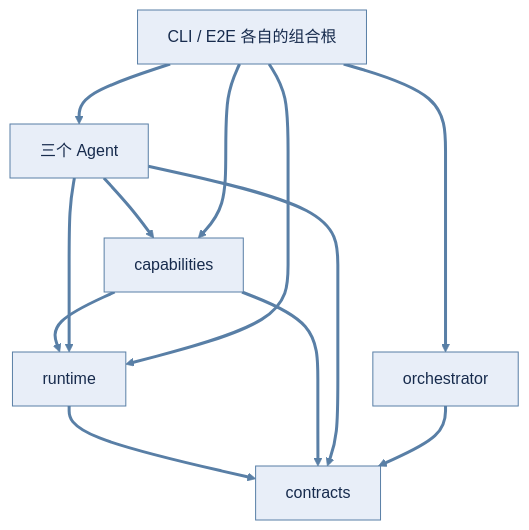
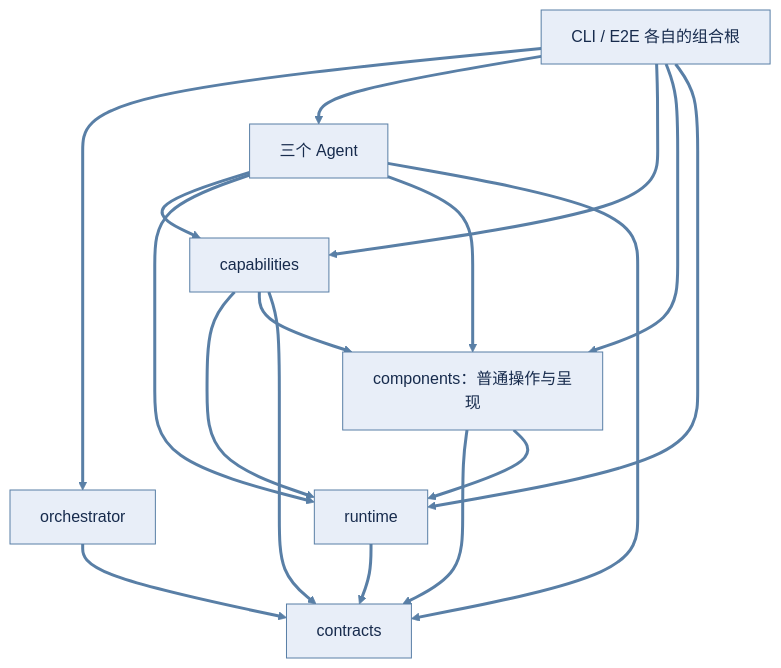
One commit to ylc123456789/ResAgent2 changed the second of 2 diagrams in docs/current/ARCHITECTURE.md. Above: the diagram before and after it, drawn with Mermaid. The commit also changed other lines of this file and 19 other files, not shown here.

````diff
--- a/docs/current/ARCHITECTURE.md
+++ b/docs/current/ARCHITECTURE.md
@@ -53,16 +54,21 @@
 ```mermaid
 %%{init: {"theme": "base", "themeVariables": {"primaryColor": "#e8eef8", "primaryTextColor": "#172b4d", "primaryBorderColor": "#597fa6", "lineColor": "#597fa6", "textColor": "#172b4d", "edgeLabelBackground": "#e8eef8"}, "flowchart": {"nodeSpacing": 50, "rankSpacing": 60}}}%%
 flowchart TB
     Runtime[runtime] --> Contracts[contracts]
+    Components[components：普通操作与呈现] --> Contracts
+    Components --> Runtime
     Caps[capabilities] --> Runtime
+    Caps --> Components
     Caps --> Contracts
     Agents[三个 Agent] --> Caps
     Agents --> Runtime
+    Agents --> Components
     Agents --> Contracts
     Orch[orchestrator] --> Contracts
     Root[CLI / E2E 各自的组合根] --> Orch
     Root --> Agents
     Root --> Caps
+    Root --> Components
     Root --> Runtime
     linkStyle default stroke:#597fa6,stroke-width:3px
 ```
````
